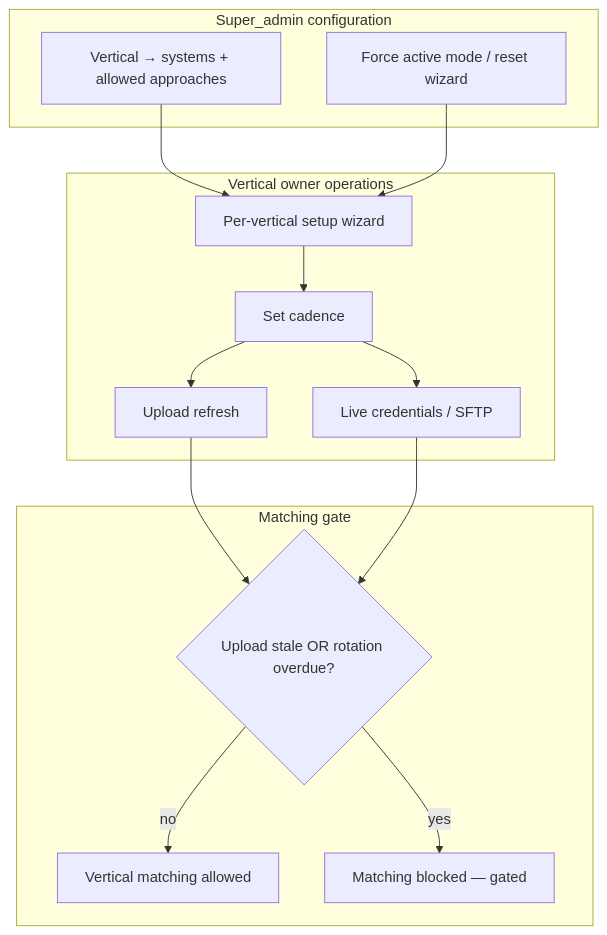
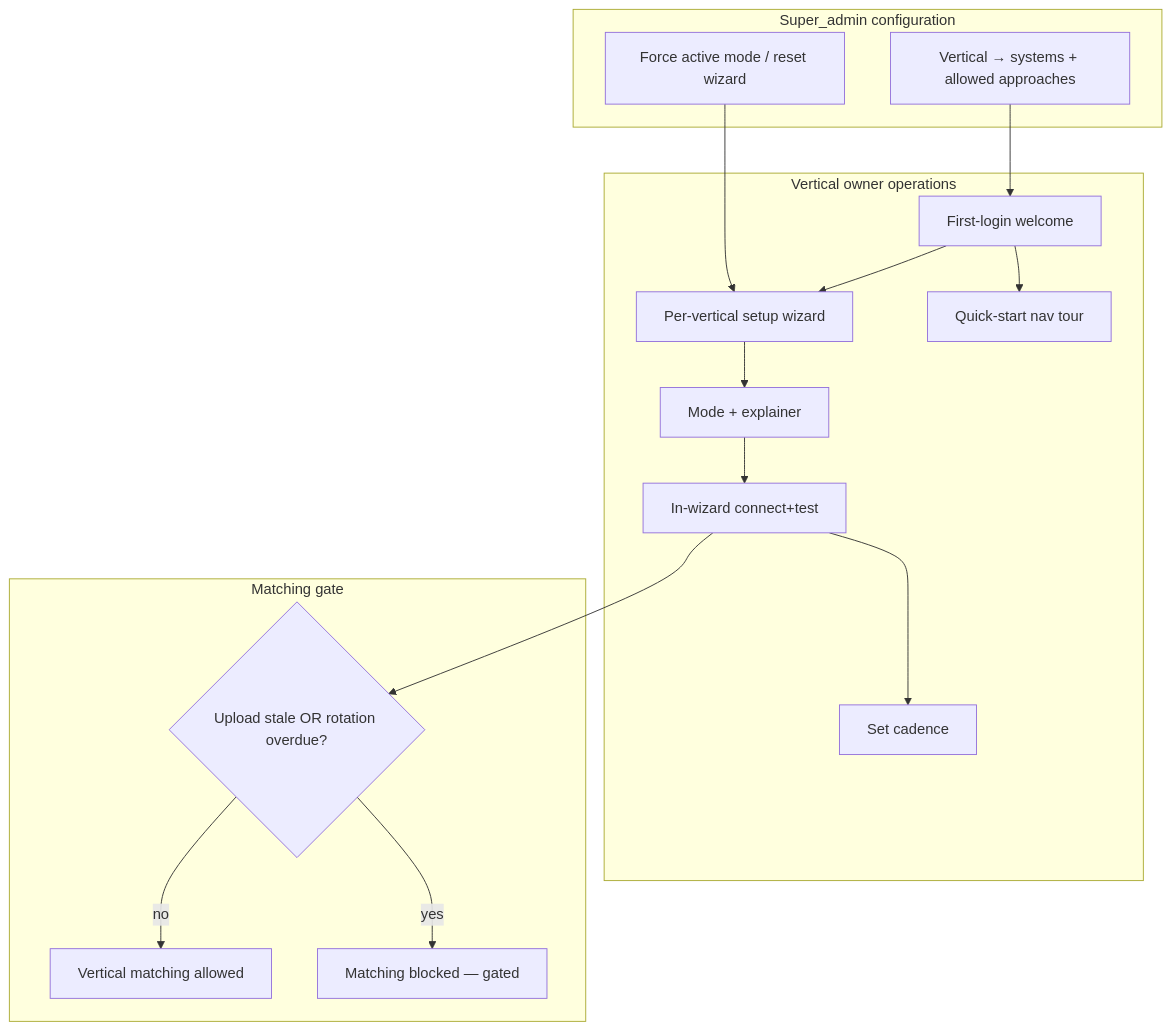
Before and after one commit to Joesirven/habeas: the first of 3 diagrams in docs/plans/2026-08-11-001-feat-vertical-scoped-connectors-plan.md, drawn with Mermaid. The commit also changed other lines of this file and 60 other files, not shown here.

````diff
--- a/docs/plans/2026-08-11-001-feat-vertical-scoped-connectors-plan.md
+++ b/docs/plans/2026-08-11-001-feat-vertical-scoped-connectors-plan.md
@@ -133,27 +231,30 @@
 ```mermaid
 flowchart TB
   subgraph config["Super_admin configuration"]
     MAP["Vertical → systems + allowed approaches"]
     FORCE["Force active mode / reset wizard"]
   end
   subgraph owner["Vertical owner operations"]
+    WEL["First-login welcome"]
     WIZ["Per-vertical setup wizard"]
+    MODE["Mode + explainer"]
+    CONN["In-wizard connect+test"]
     CAD["Set cadence"]
-    UP["Upload refresh"]
-    LIVE["Live credentials / SFTP"]
+    TOUR["Quick-start nav tour"]
   end
   subgraph gate["Matching gate"]
     FRESH{"Upload stale OR rotation overdue?"}
     MATCH["Vertical matching allowed"]
     BLOCK["Matching blocked — gated"]
   end
-  MAP --> WIZ
-  WIZ --> CAD
-  CAD --> UP
-  CAD --> LIVE
-  UP --> FRESH
-  LIVE --> FRESH
+  MAP --> WEL
+  WEL --> WIZ
+  WIZ --> MODE
+  MODE --> CONN
+  CONN --> CAD
+  CONN --> FRESH
   FORCE --> WIZ
+  WEL --> TOUR
   FRESH -->|no| MATCH
   FRESH -->|yes| BLOCK
 ```
````
